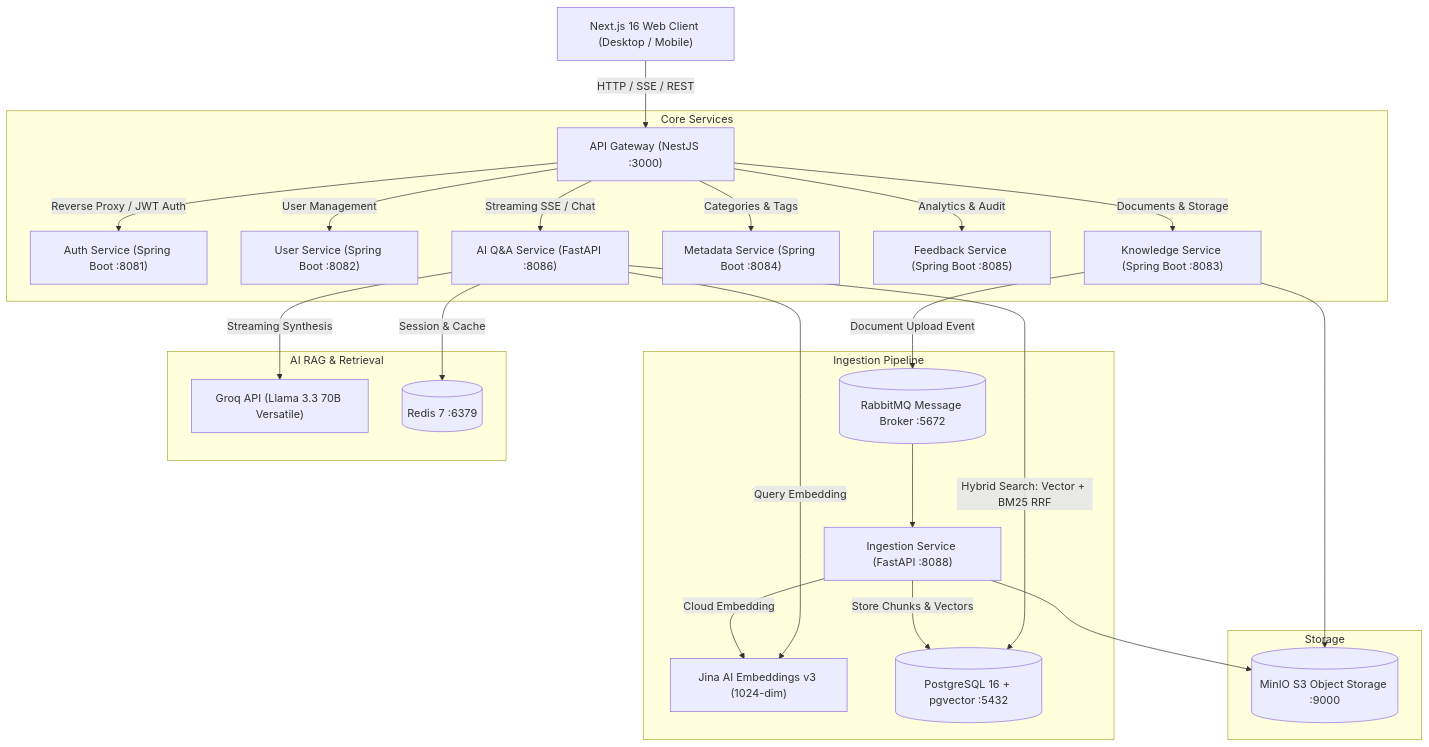
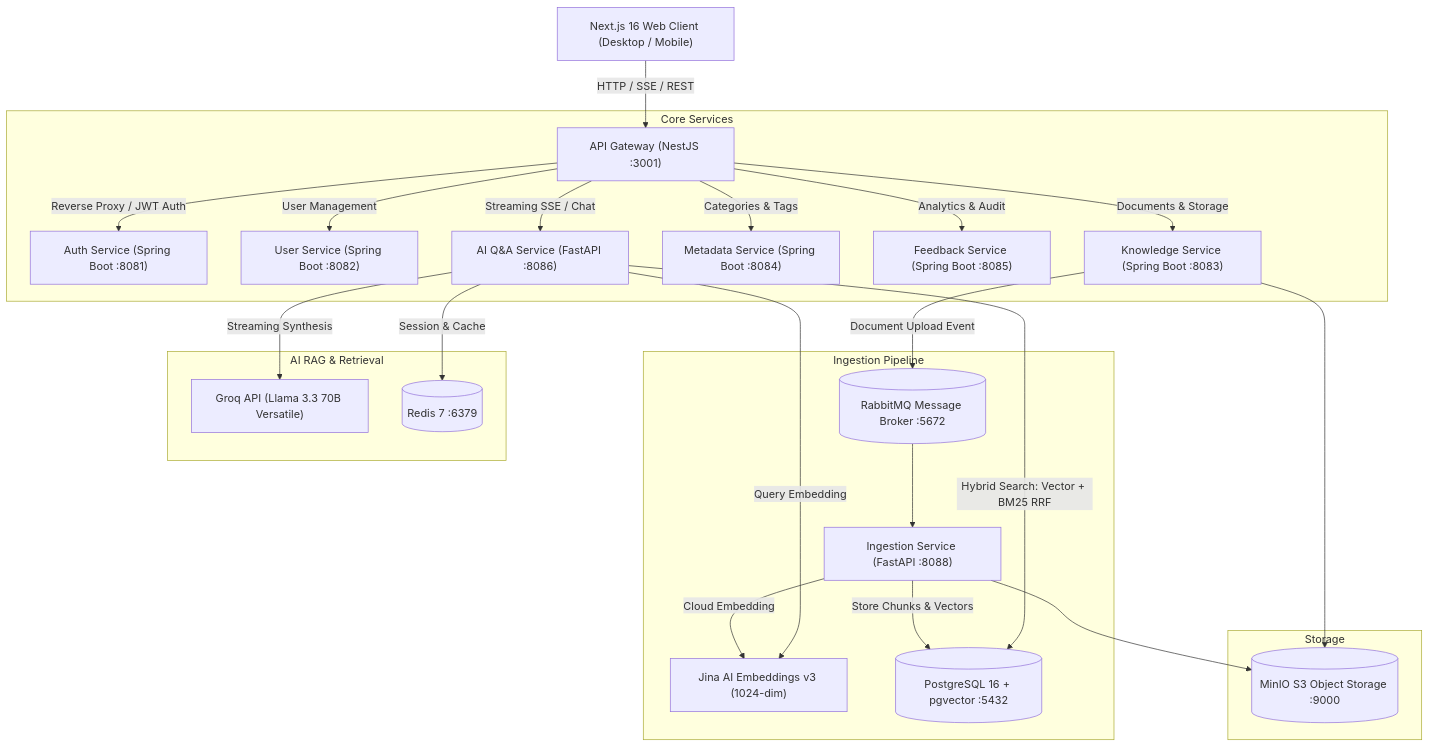
One commit to N-Tien-L/SOPilot changed the diagram in README.md. Above: the diagram before and after it, drawn with Mermaid. The commit also changed other lines of this file and 61 other files, not shown here.

````diff
--- a/README.md
+++ b/README.md
@@ -27,32 +27,32 @@
 ```mermaid
 flowchart TD
-    Client["Next.js 16 Web Client (Desktop / Mobile)"] -->|HTTP / SSE / REST| Gateway["API Gateway (NestJS :3000)"]
+    Client["Next.js 16 Web Client (Desktop / Mobile)"] -->|HTTP / SSE / REST| Gateway["API Gateway (NestJS :3001)"]
 
     subgraph Core Services
         Gateway -->|Reverse Proxy / JWT Auth| AuthSvc["Auth Service (Spring Boot :8081)"]
         Gateway -->|User Management| UserSvc["User Service (Spring Boot :8082)"]
         Gateway -->|Documents & Storage| KnowSvc["Knowledge Service (Spring Boot :8083)"]
         Gateway -->|Categories & Tags| MetaSvc["Metadata Service (Spring Boot :8084)"]
         Gateway -->|Analytics & Audit| FeedSvc["Feedback Service (Spring Boot :8085)"]
         Gateway -->|Streaming SSE / Chat| AISvc["AI Q&A Service (FastAPI :8086)"]
     end
 
     subgraph Ingestion Pipeline
         KnowSvc -->|Document Upload Event| RabbitMQ[("RabbitMQ Message Broker :5672")]
         RabbitMQ --> IngestSvc["Ingestion Service (FastAPI :8088)"]
         IngestSvc -->|Cloud Embedding| JinaAPI["Jina AI Embeddings v3 (1024-dim)"]
         IngestSvc -->|Store Chunks & Vectors| Postgres[("PostgreSQL 16 + pgvector :5432")]
     end
 
     subgraph AI RAG & Retrieval
         AISvc -->|Hybrid Search: Vector + BM25 RRF| Postgres
         AISvc -->|Query Embedding| JinaAPI
         AISvc -->|Streaming Synthesis| Groq["Groq API (Llama 3.3 70B Versatile)"]
         AISvc -->|Session & Cache| Redis[("Redis 7 :6379")]
     end
 
     subgraph Storage
         KnowSvc --> MinIO[("MinIO S3 Object Storage :9000")]
         IngestSvc --> MinIO
     end
 ```
````
